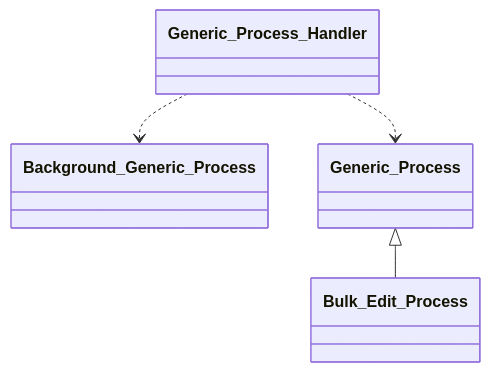
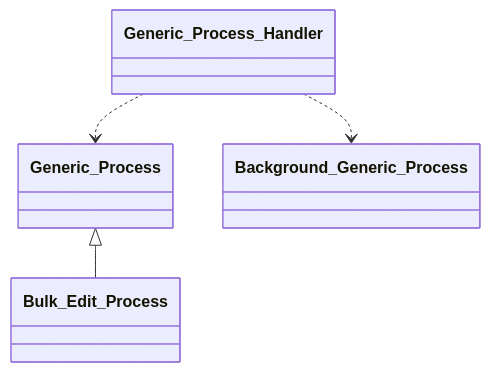
The diagram in docs/diagrams/tainacan-namespace-Tainacan-GenericProcess.mmd (tainacan/tainacan), drawn with Mermaid before and after one commit. The commit also changed other lines of this file and 95 other files, not shown here.

```diff
--- a/docs/diagrams/tainacan-namespace-Tainacan-GenericProcess.mmd
+++ b/docs/diagrams/tainacan-namespace-Tainacan-GenericProcess.mmd
@@ -1,9 +1,9 @@
 classDiagram
     direction TB
+    class Generic_Process { }
+    class Background_Generic_Process { }
     class Bulk_Edit_Process { }
     class Generic_Process_Handler { }
-    class Background_Generic_Process { }
-    class Generic_Process { }
     Generic_Process <|-- Bulk_Edit_Process
     Generic_Process_Handler ..> Background_Generic_Process
     Generic_Process_Handler ..> Generic_Process
```
